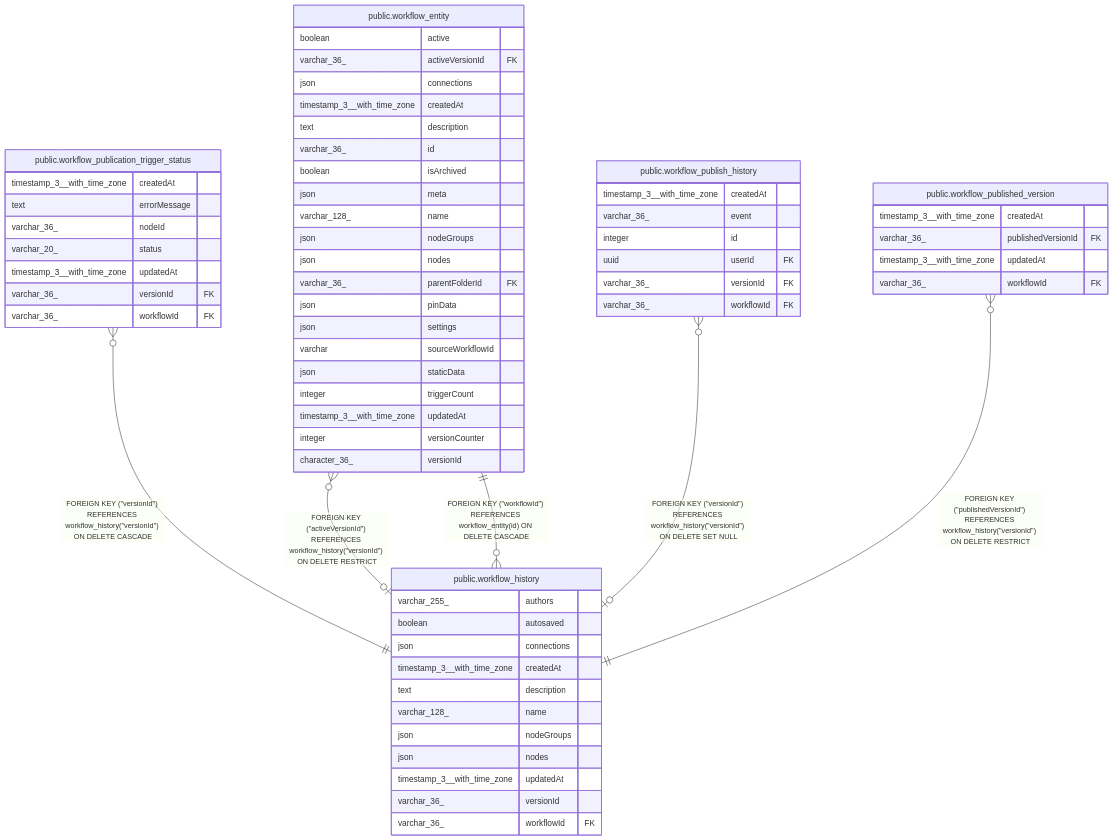
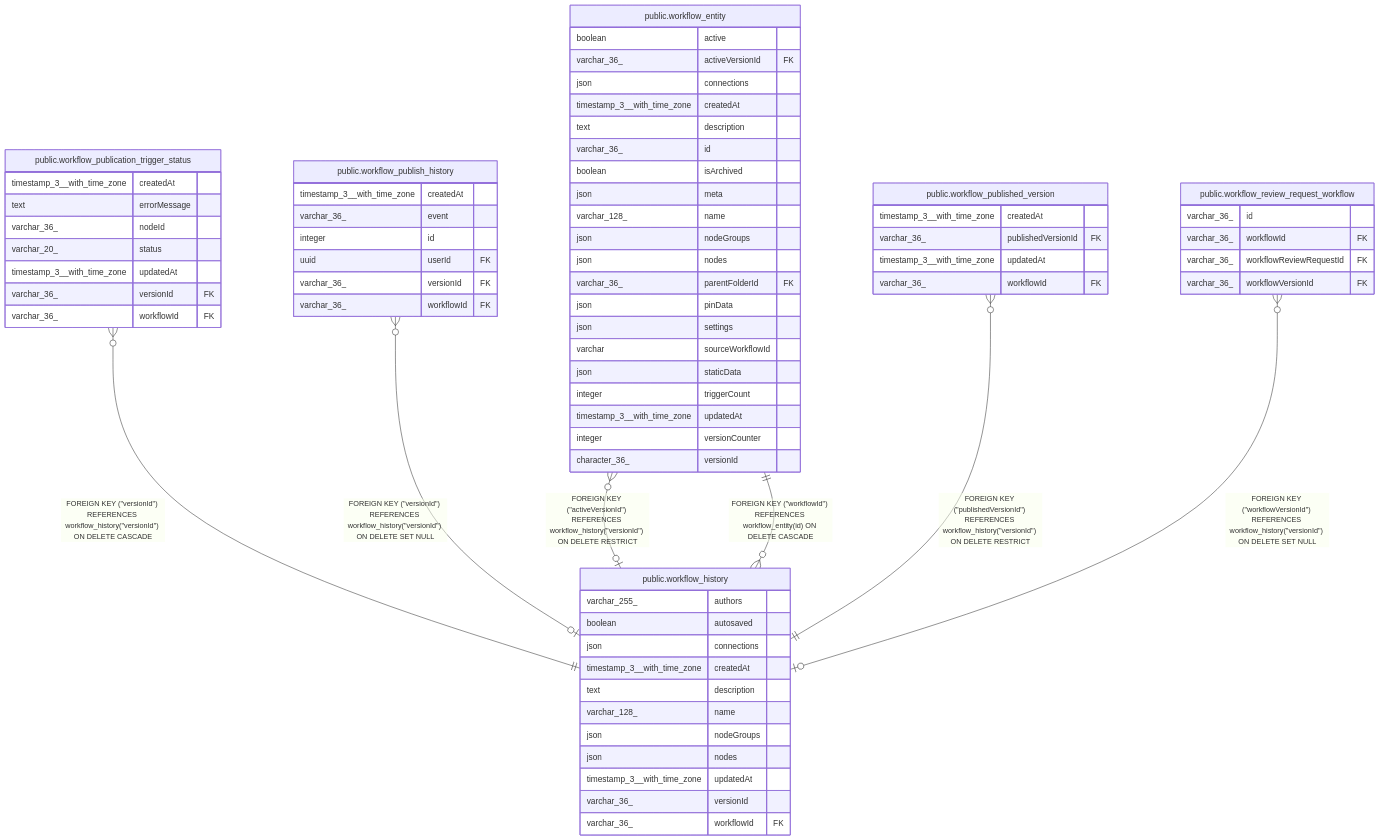
Before and after one commit to mayankjain1815-commits/n8n: the diagram in docs/generated/postgres-schema/public.workflow_history.md, drawn with Mermaid. The commit also changed other lines of this file and 33 other files, not shown here.

Commit message:
feat(core): Add workflow review request entities and migration scripts

````diff
--- a/docs/generated/postgres-schema/public.workflow_history.md
+++ b/docs/generated/postgres-schema/public.workflow_history.md
@@ -44,68 +44,75 @@
 ```mermaid
 erDiagram
 
 "public.workflow_entity" }o--o| "public.workflow_history" : "FOREIGN KEY (#quot;activeVersionId#quot;) REFERENCES workflow_history(#quot;versionId#quot;) ON DELETE RESTRICT"
 "public.workflow_publication_trigger_status" }o--|| "public.workflow_history" : "FOREIGN KEY (#quot;versionId#quot;) REFERENCES workflow_history(#quot;versionId#quot;) ON DELETE CASCADE"
 "public.workflow_publish_history" }o--o| "public.workflow_history" : "FOREIGN KEY (#quot;versionId#quot;) REFERENCES workflow_history(#quot;versionId#quot;) ON DELETE SET NULL"
 "public.workflow_published_version" }o--|| "public.workflow_history" : "FOREIGN KEY (#quot;publishedVersionId#quot;) REFERENCES workflow_history(#quot;versionId#quot;) ON DELETE RESTRICT"
+"public.workflow_review_request_workflow" }o--o| "public.workflow_history" : "FOREIGN KEY (#quot;workflowVersionId#quot;) REFERENCES workflow_history(#quot;versionId#quot;) ON DELETE SET NULL"
 "public.workflow_history" }o--|| "public.workflow_entity" : "FOREIGN KEY (#quot;workflowId#quot;) REFERENCES workflow_entity(id) ON DELETE CASCADE"
 
 "public.workflow_history" {
   varchar_255_ authors
   boolean autosaved
   json connections
   timestamp_3__with_time_zone createdAt
   text description
   varchar_128_ name
   json nodeGroups
   json nodes
   timestamp_3__with_time_zone updatedAt
   varchar_36_ versionId
   varchar_36_ workflowId FK
 }
 "public.workflow_entity" {
   boolean active
   varchar_36_ activeVersionId FK
   json connections
   timestamp_3__with_time_zone createdAt
   text description
   varchar_36_ id
   boolean isArchived
   json meta
   varchar_128_ name
   json nodeGroups
   json nodes
   varchar_36_ parentFolderId FK
   json pinData
   json settings
   varchar sourceWorkflowId
   json staticData
   integer triggerCount
   timestamp_3__with_time_zone updatedAt
   integer versionCounter
   character_36_ versionId
 }
 "public.workflow_publication_trigger_status" {
   timestamp_3__with_time_zone createdAt
   text errorMessage
   varchar_36_ nodeId
   varchar_20_ status
   timestamp_3__with_time_zone updatedAt
   varchar_36_ versionId FK
   varchar_36_ workflowId FK
 }
 "public.workflow_publish_history" {
   timestamp_3__with_time_zone createdAt
   varchar_36_ event
   integer id
   uuid userId FK
   varchar_36_ versionId FK
   varchar_36_ workflowId FK
 }
 "public.workflow_published_version" {
   timestamp_3__with_time_zone createdAt
   varchar_36_ publishedVersionId FK
   timestamp_3__with_time_zone updatedAt
   varchar_36_ workflowId FK
 }
+"public.workflow_review_request_workflow" {
+  varchar_36_ id
+  varchar_36_ workflowId FK
+  varchar_36_ workflowReviewRequestId FK
+  varchar_36_ workflowVersionId FK
+}
 ```
````
